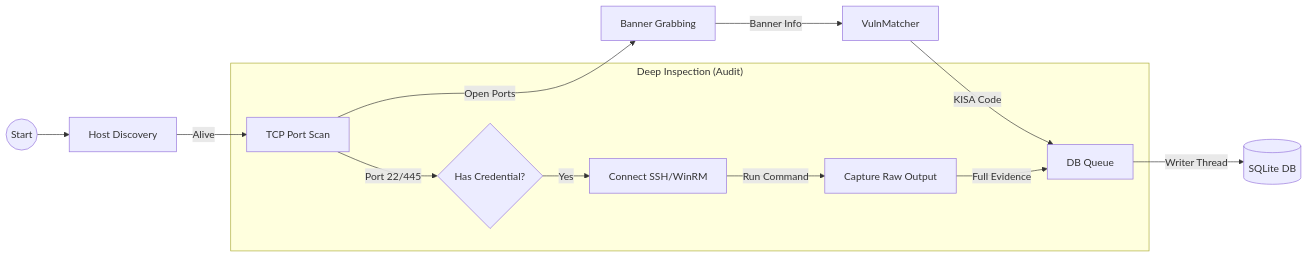
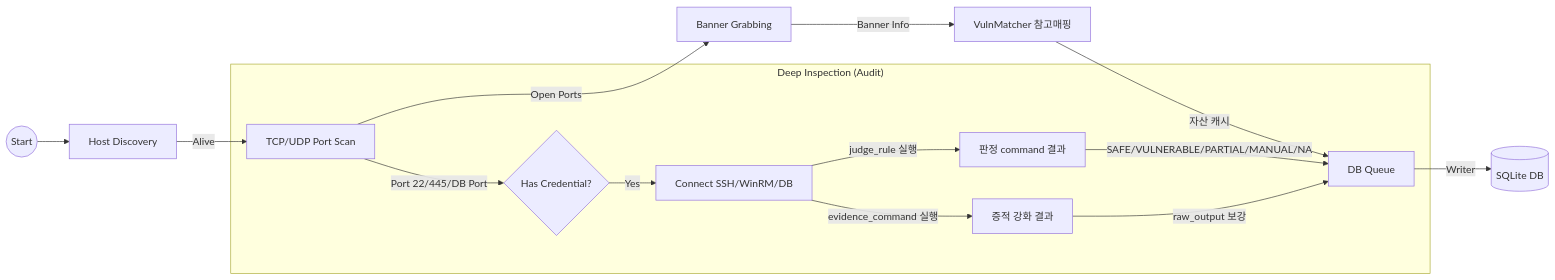
The third of 5 diagrams in 기술 명세서.md (rorena15/Z-V_Scan), drawn with Mermaid before and after one commit. The commit also changed other lines of this file and 4 other files, not shown here.

````diff
--- a/기술 명세서.md
+++ b/기술 명세서.md
@@ -90,19 +100,21 @@
 ```mermaid
 flowchart LR
     Start((Start)) --> A[Host Discovery]
-    
-    A -->|Alive| B[TCP Port Scan]
+
+    A -->|Alive| B[TCP/UDP Port Scan]
     B -->|Open Ports| C[Banner Grabbing]
-    C -->|Banner Info| D[VulnMatcher]
-    
-    D -->|KISA Code| E[DB Queue]
-    
+    C -->|Banner Info| D[VulnMatcher 참고매핑]
+
+    D -->|자산 캐시| E[DB Queue]
+
     subgraph "Deep Inspection (Audit)"
-        B -->|Port 22/445| F{Has Credential?}
-        F -->|Yes| G[Connect SSH/WinRM]
-        G -->|Run Command| H[Capture Raw Output]
-        H -->|Full Evidence| E
+        B -->|Port 22/445/DB Port| F{Has Credential?}
+        F -->|Yes| G[Connect SSH/WinRM/DB]
+        G -->|judge_rule 실행| H[판정 command 결과]
+        G -->|evidence_command 실행| H2[증적 강화 결과]
+        H -->|SAFE/VULNERABLE/PARTIAL/MANUAL/NA| E
+        H2 -->|raw_output 보강| E
     end
 
-    E -->|Writer Thread| DB[(SQLite DB)]
+    E -->|Writer| DB[(SQLite DB)]
 ```
````
